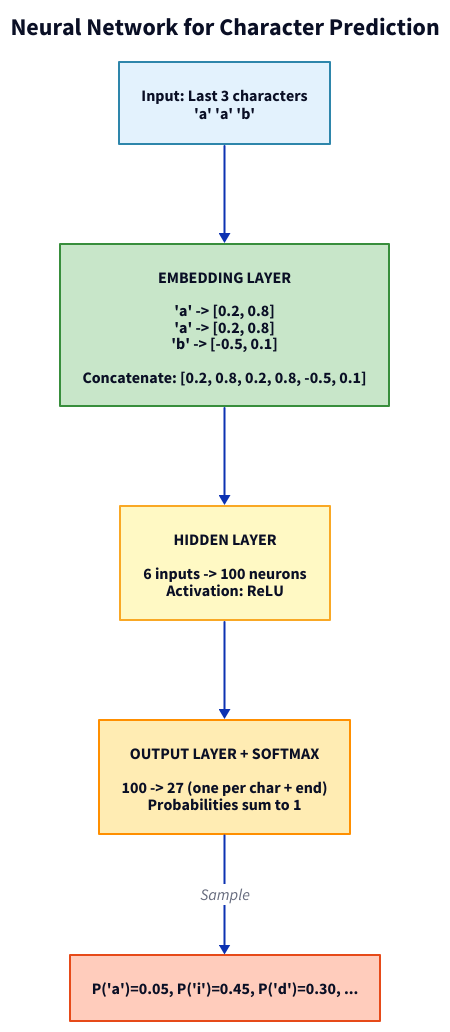
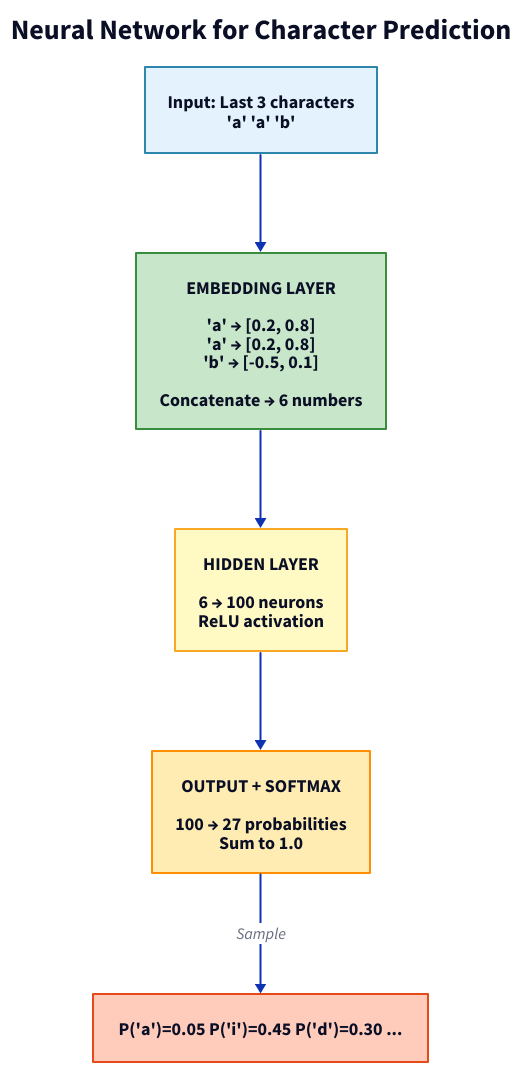
Before and after one commit to nipunbatra/principles-ai-teaching: the diagram in next-token-prediction/diagrams/neural_net_architecture.d2, drawn with D2. The commit also changed 20 other files, not shown here.

```diff
--- a/next-token-prediction/diagrams/neural_net_architecture.d2
+++ b/next-token-prediction/diagrams/neural_net_architecture.d2
@@ -1,56 +1,61 @@
 # Neural Network Architecture for NTP
 
 direction: down
 
 title: {
   label: Neural Network for Character Prediction
   near: top-center
   shape: text
-  style.font-size: 24
+  style.font-size: 28
   style.bold: true
 }
 
 input: {
   label: "Input: Last 3 characters\n'a' 'a' 'b'"
   shape: rectangle
   style.fill: "#E3F2FD"
   style.stroke: "#2E86AB"
   style.stroke-width: 2
+  style.font-size: 18
 }
 
 embedding: {
-  label: "EMBEDDING LAYER\n\n'a' -> [0.2, 0.8]\n'a' -> [0.2, 0.8]\n'b' -> [-0.5, 0.1]\n\nConcatenate: [0.2, 0.8, 0.2, 0.8, -0.5, 0.1]"
+  label: "EMBEDDING LAYER\n\n'a' → [0.2, 0.8]\n'a' → [0.2, 0.8]\n'b' → [-0.5, 0.1]\n\nConcatenate → 6 numbers"
   shape: rectangle
   style.fill: "#C8E6C9"
   style.stroke: "#388E3C"
   style.stroke-width: 2
+  style.font-size: 18
 }
 
 hidden: {
-  label: "HIDDEN LAYER\n\n6 inputs -> 100 neurons\nActivation: ReLU"
+  label: "HIDDEN LAYER\n\n6 → 100 neurons\nReLU activation"
   shape: rectangle
   style.fill: "#FFF9C4"
   style.stroke: "#F9A825"
   style.stroke-width: 2
+  style.font-size: 18
 }
 
 output: {
-  label: "OUTPUT LAYER + SOFTMAX\n\n100 -> 27 (one per char + end)\nProbabilities sum to 1"
+  label: "OUTPUT + SOFTMAX\n\n100 → 27 probabilities\nSum to 1.0"
   shape: rectangle
   style.fill: "#FFECB3"
   style.stroke: "#FF8F00"
   style.stroke-width: 2
+  style.font-size: 18
 }
 
 probs: {
-  label: "P('a')=0.05, P('i')=0.45, P('d')=0.30, ..."
+  label: "P('a')=0.05  P('i')=0.45  P('d')=0.30 ..."
   shape: rectangle
   style.fill: "#FFCCBC"
   style.stroke: "#E64A19"
   style.stroke-width: 2
+  style.font-size: 18
 }
 
 input -> embedding
 embedding -> hidden
 hidden -> output
 output -> probs: "Sample"
```
